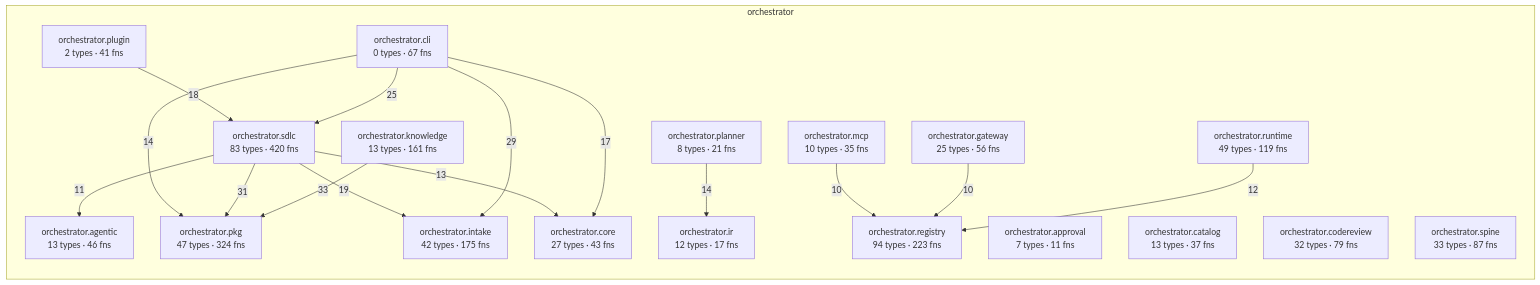
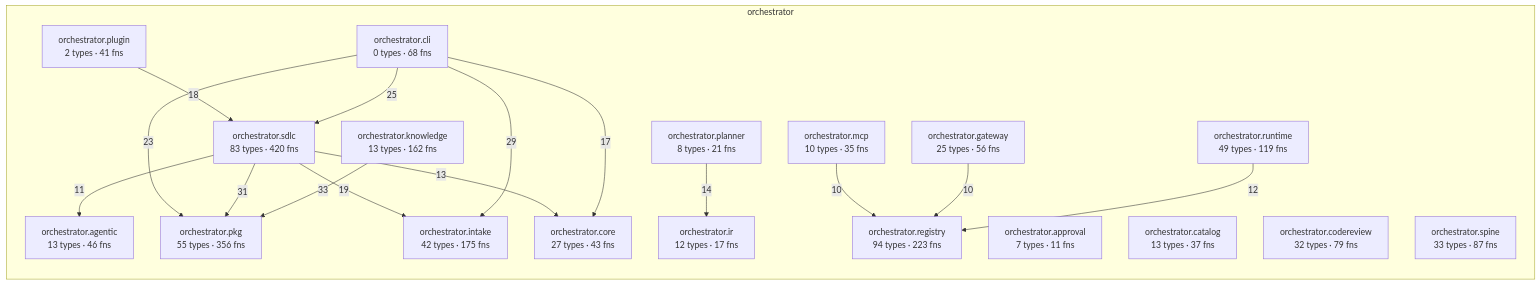
Before and after one commit to synaptixs/spine: the diagram in episteme/architecture.md, drawn with Mermaid. The commit also changed other lines of this file and 100 other files, not shown here.

````diff
--- a/episteme/architecture.md
+++ b/episteme/architecture.md
@@ -54,37 +54,37 @@
 ```mermaid
 flowchart LR
   subgraph z_orchestrator["orchestrator"]
     aorchestratoragentic["orchestrator.agentic<br/>13 types · 46 fns"]
     aorchestratorapproval["orchestrator.approval<br/>7 types · 11 fns"]
     aorchestratorcatalog["orchestrator.catalog<br/>13 types · 37 fns"]
-    aorchestratorcli["orchestrator.cli<br/>0 types · 67 fns"]
+    aorchestratorcli["orchestrator.cli<br/>0 types · 68 fns"]
     aorchestratorcodereview["orchestrator.codereview<br/>32 types · 79 fns"]
     aorchestratorcore["orchestrator.core<br/>27 types · 43 fns"]
     aorchestratorgateway["orchestrator.gateway<br/>25 types · 56 fns"]
     aorchestratorintake["orchestrator.intake<br/>42 types · 175 fns"]
     aorchestratorir["orchestrator.ir<br/>12 types · 17 fns"]
-    aorchestratorknowledge["orchestrator.knowledge<br/>13 types · 161 fns"]
+    aorchestratorknowledge["orchestrator.knowledge<br/>13 types · 162 fns"]
     aorchestratormcp["orchestrator.mcp<br/>10 types · 35 fns"]
-    aorchestratorpkg["orchestrator.pkg<br/>47 types · 324 fns"]
+    aorchestratorpkg["orchestrator.pkg<br/>55 types · 356 fns"]
     aorchestratorplanner["orchestrator.planner<br/>8 types · 21 fns"]
     aorchestratorplugin["orchestrator.plugin<br/>2 types · 41 fns"]
     aorchestratorregistry["orchestrator.registry<br/>94 types · 223 fns"]
     aorchestratorruntime["orchestrator.runtime<br/>49 types · 119 fns"]
     aorchestratorsdlc["orchestrator.sdlc<br/>83 types · 420 fns"]
     aorchestratorspine["orchestrator.spine<br/>33 types · 87 fns"]
   end
   aorchestratorknowledge -->|33| aorchestratorpkg
   aorchestratorsdlc -->|31| aorchestratorpkg
   aorchestratorcli -->|29| aorchestratorintake
   aorchestratorcli -->|25| aorchestratorsdlc
+  aorchestratorcli -->|23| aorchestratorpkg
   aorchestratorsdlc -->|19| aorchestratorintake
   aorchestratorplugin -->|18| aorchestratorsdlc
   aorchestratorcli -->|17| aorchestratorcore
-  aorchestratorcli -->|14| aorchestratorpkg
   aorchestratorplanner -->|14| aorchestratorir
   aorchestratorsdlc -->|13| aorchestratorcore
   aorchestratorruntime -->|12| aorchestratorregistry
   aorchestratorsdlc -->|11| aorchestratoragentic
   aorchestratorgateway -->|10| aorchestratorregistry
   aorchestratormcp -->|10| aorchestratorregistry
 ```
````
